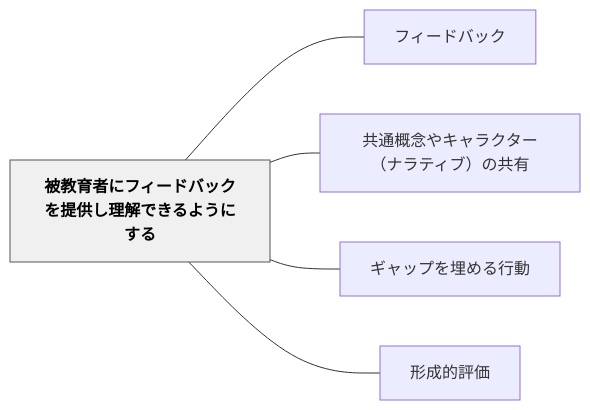
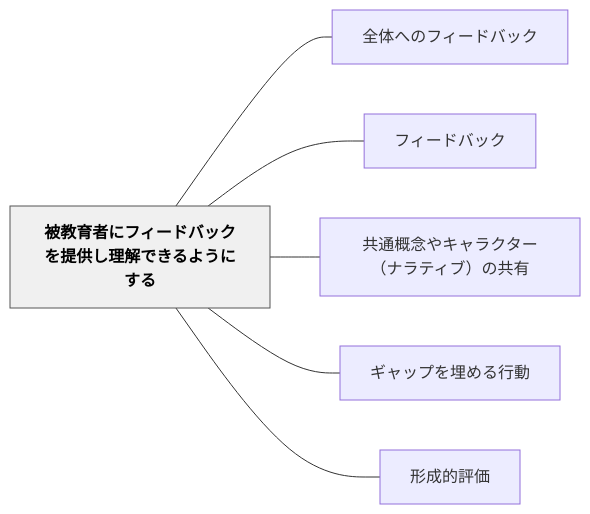
The diagram in content/パタン/被教育者にフィードバックを提供し理解できるようにする.md (unknownthings-ed-patterns/unknownthings-ed-patterns), drawn with Mermaid before and after one commit. The commit also changed other lines of this file and 473 other files, not shown here.

````diff
--- a/content/パタン/被教育者にフィードバックを提供し理解できるようにする.md
+++ b/content/パタン/被教育者にフィードバックを提供し理解できるようにする.md
@@ -52,16 +53,18 @@
 ```mermaid
 flowchart LR
     ne8a2abe69599["被教育者にフィードバックを提供し理解できるようにする"]
+    ne585a8e4bd93["全体へのフィードバック"]
     ne38395e382a3["フィードバック"]
     ne585b1e9809a["共通概念やキャラクター（ナラティブ）の共有"]
     ne382aee383a3["ギャップを埋める行動"]
     ne5bda2e68890["形成的評価"]
 
+    ne8a2abe69599 --- ne585a8e4bd93
     ne8a2abe69599 --- ne38395e382a3
     ne8a2abe69599 --- ne585b1e9809a
     ne8a2abe69599 --- ne382aee383a3
     ne8a2abe69599 --- ne5bda2e68890
 
     classDef hub fill:#f0f0f0,stroke:#555,color:#000,font-weight:bold
     class ne8a2abe69599 hub
 ```
````
